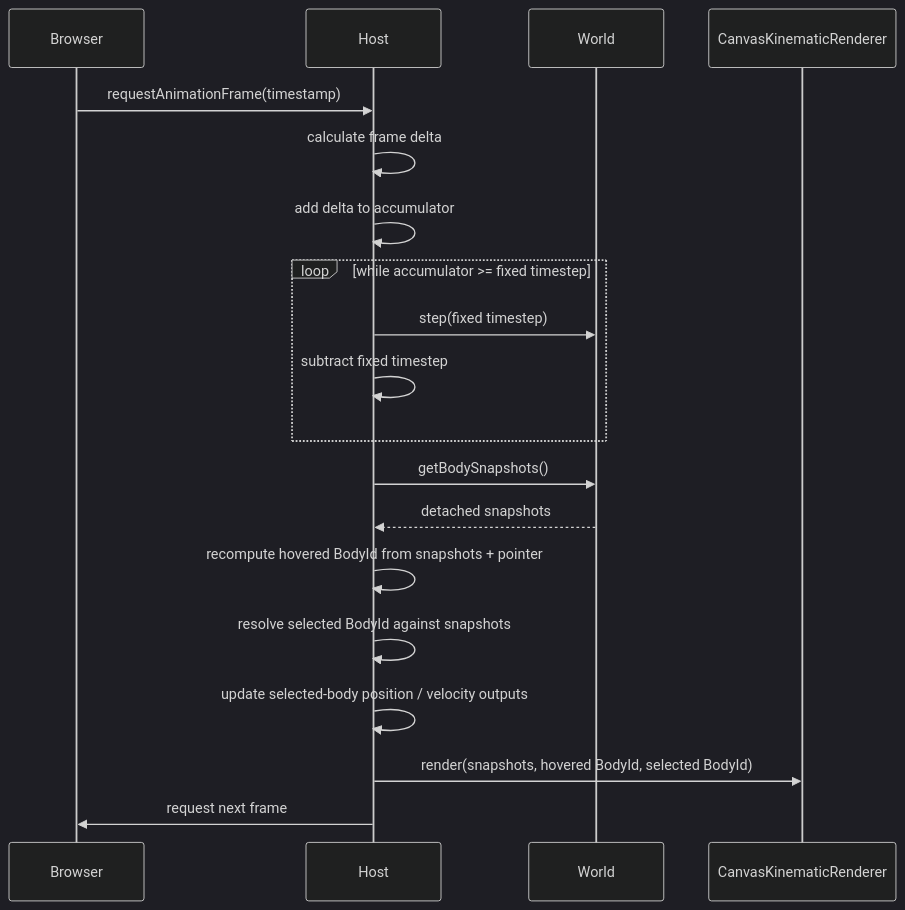
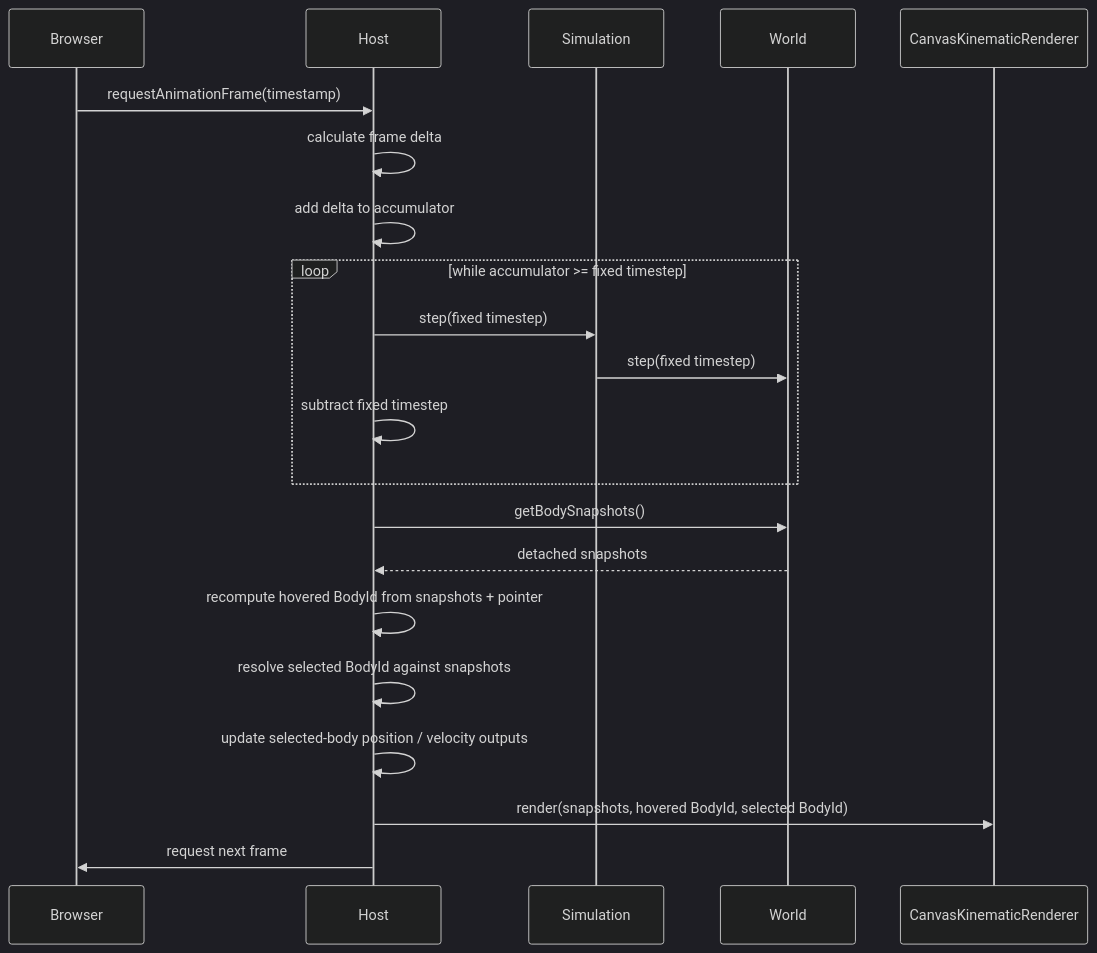
Before and after one commit to fa-ribeiro/vLab2D: diagram 12 of 22 in docs/architecture/README.md, drawn with Mermaid (dark theme). The commit also changed other lines of this file and 9 other files, not shown here.

Commit message:
feat(simulation): coordinate world stepping

````diff
--- a/docs/architecture/README.md
+++ b/docs/architecture/README.md
@@ -582,24 +644,26 @@
 ```mermaid
 sequenceDiagram
     participant Browser
     participant Host
-    participant World as World
+    participant Simulation
+    participant World
     participant Renderer as CanvasKinematicRenderer
 
     Browser->>Host: requestAnimationFrame(timestamp)
     Host->>Host: calculate frame delta
     Host->>Host: add delta to accumulator
 
     loop while accumulator >= fixed timestep
-        Host->>World: step(fixed timestep)
+        Host->>Simulation: step(fixed timestep)
+        Simulation->>World: step(fixed timestep)
         Host->>Host: subtract fixed timestep
     end
 
     Host->>World: getBodySnapshots()
     World-->>Host: detached snapshots
     Host->>Host: recompute hovered BodyId from snapshots + pointer
     Host->>Host: resolve selected BodyId against snapshots
     Host->>Host: update selected-body position / velocity outputs
     Host->>Renderer: render(snapshots, hovered BodyId, selected BodyId)
     Host->>Browser: request next frame
 ```
````
